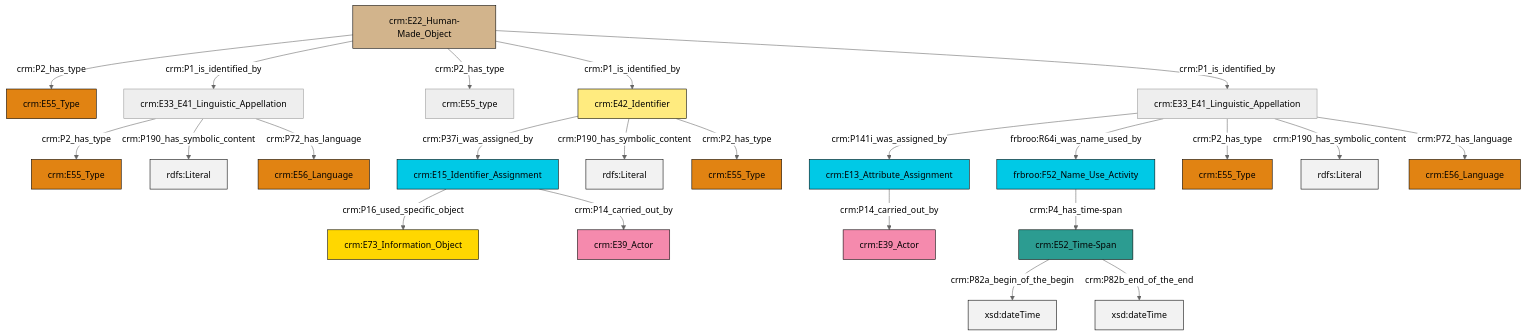
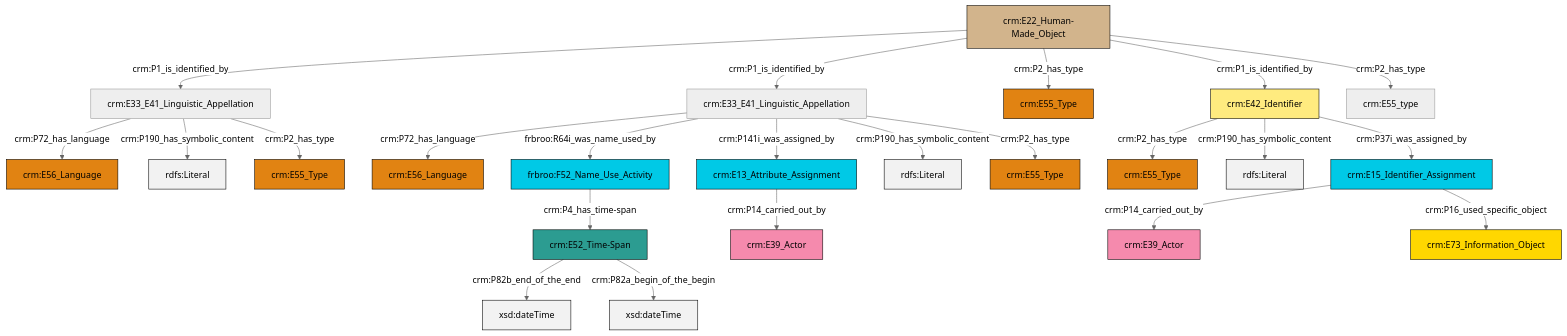
Before and after one commit to swiss-art-research-net/reference-data-models: the diagram in et/artworkCSV/ttl/mmd/Artwork_Name.ttl.mmd, drawn with Mermaid (neutral theme). The commit also changed 150 other files, not shown here.

```diff
--- a/et/artworkCSV/ttl/mmd/Artwork_Name.ttl.mmd
+++ b/et/artworkCSV/ttl/mmd/Artwork_Name.ttl.mmd
@@ -1,37 +1,37 @@
 graph TD
 classDef Literal fill:#f2f2f2,stroke:#000000;
 classDef CRM_Entity fill:#FFFFFF,stroke:#000000;
 classDef Temporal_Entity fill:#00C9E6, stroke:#000000;
 classDef Type fill:#E18312, stroke:#000000;
 classDef Time-Span fill:#2C9C91, stroke:#000000;
 classDef Appellation fill:#FFEB7F, stroke:#000000;
 classDef Place fill:#008836, stroke:#000000;
 classDef Persistent_Item fill:#B266B2, stroke:#000000;
 classDef Conceptual_Object fill:#FFD700, stroke:#000000;
 classDef Physical_Thing fill:#D2B48C, stroke:#000000;
 classDef Actor fill:#f58aad, stroke:#000000;
 classDef PC_Classes fill:#4ce600, stroke:#000000;
 classDef Multi fill:#cccccc,stroke:#000000;
 
-0["frbroo:F52_Name_Use_Activity"]:::Temporal_Entity -->|crm:P4_has_time-span| 1["crm:E52_Time-Span"]:::Time-Span
-4["crm:E42_Identifier"]:::Appellation -->|crm:P37i_was_assigned_by| 2["crm:E15_Identifier_Assignment"]:::Temporal_Entity
-12["crm:E22_Human-Made_Object"]:::Physical_Thing -->|crm:P2_has_type| 13["crm:E55_Type"]:::Type
-16["crm:E33_E41_Linguistic_Appellation"]:::Default -->|crm:P2_has_type| 6["crm:E55_Type"]:::Type
-12["crm:E22_Human-Made_Object"]:::Physical_Thing -->|crm:P1_is_identified_by| 16["crm:E33_E41_Linguistic_Appellation"]:::Default
-12["crm:E22_Human-Made_Object"]:::Physical_Thing -->|crm:P2_has_type| 22["crm:E55_type"]:::Default
-4["crm:E42_Identifier"]:::Appellation -->|crm:P190_has_symbolic_content| 23[rdfs:Literal]:::Literal
-16["crm:E33_E41_Linguistic_Appellation"]:::Default -->|crm:P190_has_symbolic_content| 24[rdfs:Literal]:::Literal
-12["crm:E22_Human-Made_Object"]:::Physical_Thing -->|crm:P1_is_identified_by| 4["crm:E42_Identifier"]:::Appellation
-16["crm:E33_E41_Linguistic_Appellation"]:::Default -->|crm:P72_has_language| 8["crm:E56_Language"]:::Type
-1["crm:E52_Time-Span"]:::Time-Span -->|crm:P82a_begin_of_the_begin| 31[xsd:dateTime]:::Literal
-34["crm:E33_E41_Linguistic_Appellation"]:::Default -->|crm:P141i_was_assigned_by| 35["crm:E13_Attribute_Assignment"]:::Temporal_Entity
-4["crm:E42_Identifier"]:::Appellation -->|crm:P2_has_type| 27["crm:E55_Type"]:::Type
-2["crm:E15_Identifier_Assignment"]:::Temporal_Entity -->|crm:P16_used_specific_object| 14["crm:E73_Information_Object"]:::Conceptual_Object
-34["crm:E33_E41_Linguistic_Appellation"]:::Default -->|frbroo:R64i_was_name_used_by| 0["frbroo:F52_Name_Use_Activity"]:::Temporal_Entity
-34["crm:E33_E41_Linguistic_Appellation"]:::Default -->|crm:P2_has_type| 29["crm:E55_Type"]:::Type
-34["crm:E33_E41_Linguistic_Appellation"]:::Default -->|crm:P190_has_symbolic_content| 38[rdfs:Literal]:::Literal
-34["crm:E33_E41_Linguistic_Appellation"]:::Default -->|crm:P72_has_language| 32["crm:E56_Language"]:::Type
-2["crm:E15_Identifier_Assignment"]:::Temporal_Entity -->|crm:P14_carried_out_by| 10["crm:E39_Actor"]:::Actor
-12["crm:E22_Human-Made_Object"]:::Physical_Thing -->|crm:P1_is_identified_by| 34["crm:E33_E41_Linguistic_Appellation"]:::Default
-35["crm:E13_Attribute_Assignment"]:::Temporal_Entity -->|crm:P14_carried_out_by| 36["crm:E39_Actor"]:::Actor
-1["crm:E52_Time-Span"]:::Time-Span -->|crm:P82b_end_of_the_end| 40[xsd:dateTime]:::Literal
+0["crm:E42_Identifier"]:::Appellation -->|crm:P2_has_type| 1["crm:E55_Type"]:::Type
+2["crm:E33_E41_Linguistic_Appellation"]:::Default -->|crm:P72_has_language| 3["crm:E56_Language"]:::Type
+4["crm:E22_Human-Made_Object"]:::Physical_Thing -->|crm:P1_is_identified_by| 5["crm:E33_E41_Linguistic_Appellation"]:::Default
+6["crm:E13_Attribute_Assignment"]:::Temporal_Entity -->|crm:P14_carried_out_by| 7["crm:E39_Actor"]:::Actor
+5["crm:E33_E41_Linguistic_Appellation"]:::Default -->|crm:P72_has_language| 12["crm:E56_Language"]:::Type
+5["crm:E33_E41_Linguistic_Appellation"]:::Default -->|crm:P190_has_symbolic_content| 13[rdfs:Literal]:::Literal
+5["crm:E33_E41_Linguistic_Appellation"]:::Default -->|crm:P2_has_type| 8["crm:E55_Type"]:::Type
+2["crm:E33_E41_Linguistic_Appellation"]:::Default -->|frbroo:R64i_was_name_used_by| 10["frbroo:F52_Name_Use_Activity"]:::Temporal_Entity
+0["crm:E42_Identifier"]:::Appellation -->|crm:P190_has_symbolic_content| 14[rdfs:Literal]:::Literal
+4["crm:E22_Human-Made_Object"]:::Physical_Thing -->|crm:P1_is_identified_by| 2["crm:E33_E41_Linguistic_Appellation"]:::Default
+4["crm:E22_Human-Made_Object"]:::Physical_Thing -->|crm:P2_has_type| 17["crm:E55_Type"]:::Type
+27["crm:E15_Identifier_Assignment"]:::Temporal_Entity -->|crm:P14_carried_out_by| 15["crm:E39_Actor"]:::Actor
+2["crm:E33_E41_Linguistic_Appellation"]:::Default -->|crm:P141i_was_assigned_by| 6["crm:E13_Attribute_Assignment"]:::Temporal_Entity
+30["crm:E52_Time-Span"]:::Time-Span -->|crm:P82b_end_of_the_end| 31[xsd:dateTime]:::Literal
+4["crm:E22_Human-Made_Object"]:::Physical_Thing -->|crm:P1_is_identified_by| 0["crm:E42_Identifier"]:::Appellation
+10["frbroo:F52_Name_Use_Activity"]:::Temporal_Entity -->|crm:P4_has_time-span| 30["crm:E52_Time-Span"]:::Time-Span
+27["crm:E15_Identifier_Assignment"]:::Temporal_Entity -->|crm:P16_used_specific_object| 32["crm:E73_Information_Object"]:::Conceptual_Object
+0["crm:E42_Identifier"]:::Appellation -->|crm:P37i_was_assigned_by| 27["crm:E15_Identifier_Assignment"]:::Temporal_Entity
+2["crm:E33_E41_Linguistic_Appellation"]:::Default -->|crm:P190_has_symbolic_content| 37[rdfs:Literal]:::Literal
+4["crm:E22_Human-Made_Object"]:::Physical_Thing -->|crm:P2_has_type| 38["crm:E55_type"]:::Default
+2["crm:E33_E41_Linguistic_Appellation"]:::Default -->|crm:P2_has_type| 25["crm:E55_Type"]:::Type
+30["crm:E52_Time-Span"]:::Time-Span -->|crm:P82a_begin_of_the_begin| 39[xsd:dateTime]:::Literal
```
